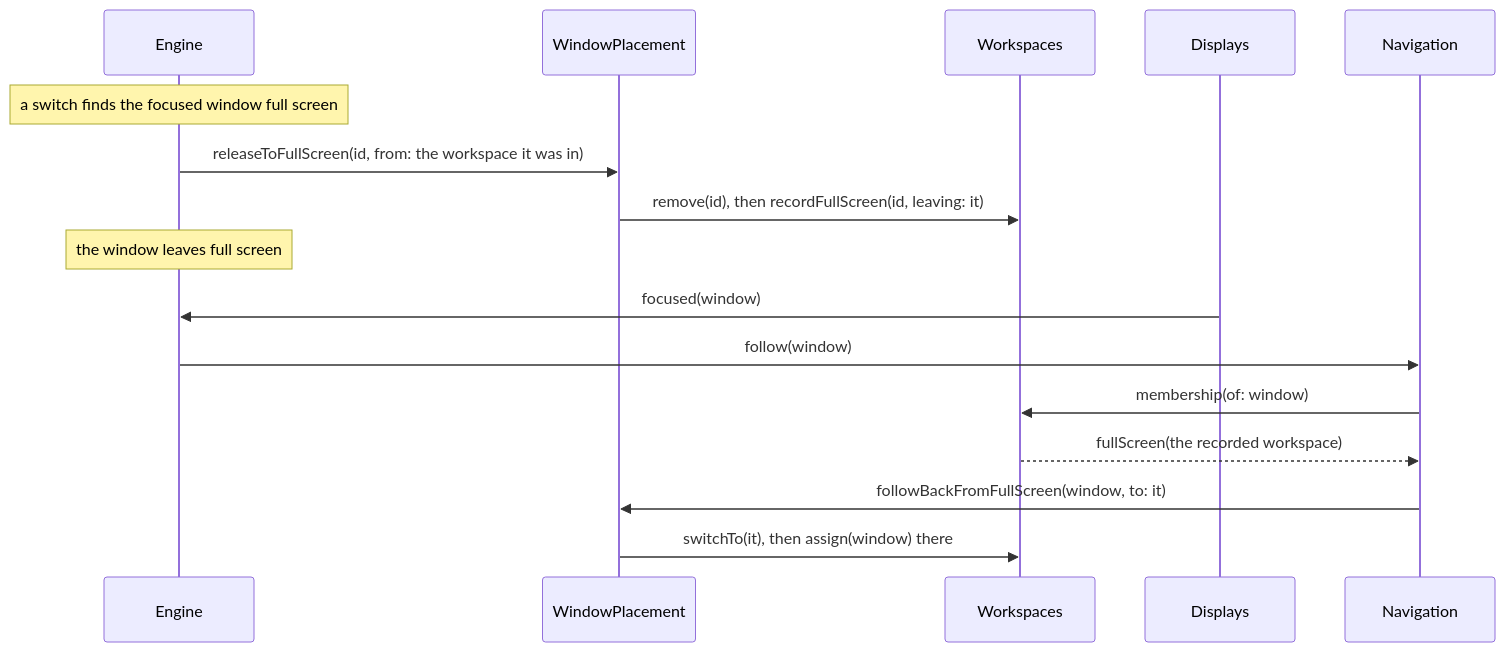
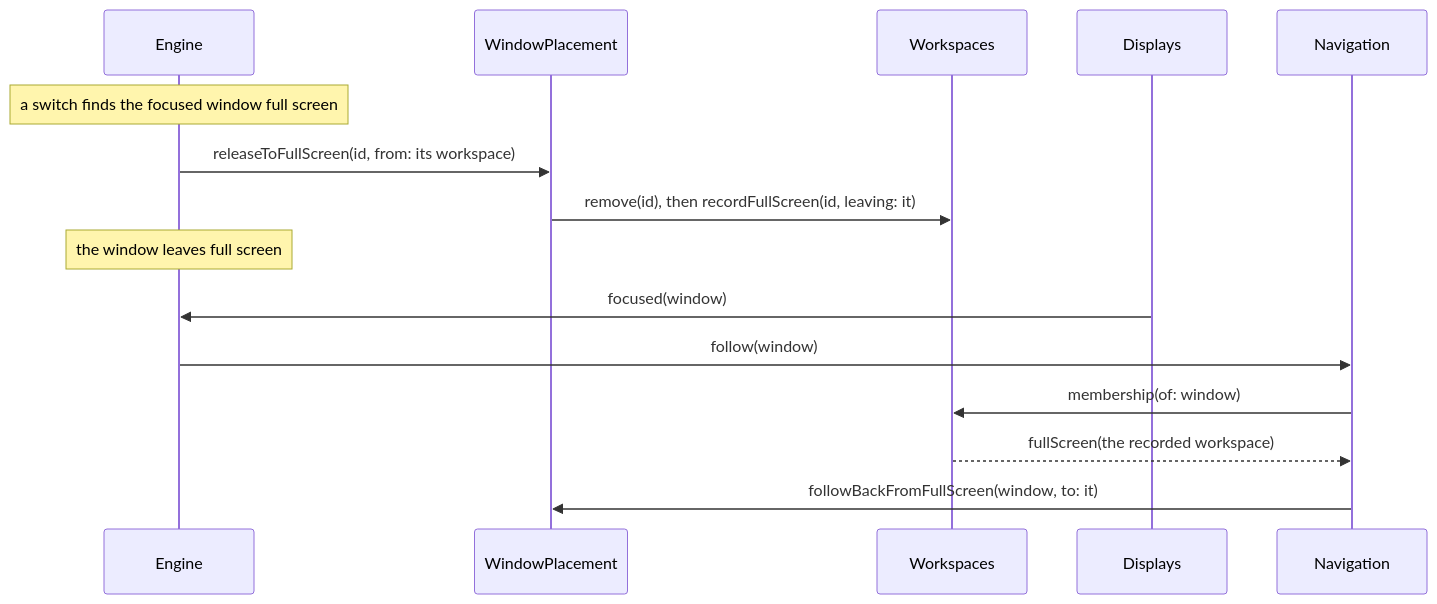
One commit to brennovich/ottowm changed diagram 19 of 25 in ARCHITECTURE.md. Above: the diagram before and after it, drawn with Mermaid. The commit also changed other lines of this file, not shown here.

````diff
--- a/ARCHITECTURE.md
+++ b/ARCHITECTURE.md
@@ -510,13 +454,12 @@
 ```mermaid
 sequenceDiagram
     Note over Engine: a switch finds the focused window full screen
-    Engine->>WindowPlacement: releaseToFullScreen(id, from: the workspace it was in)
+    Engine->>WindowPlacement: releaseToFullScreen(id, from: its workspace)
     WindowPlacement->>Workspaces: remove(id), then recordFullScreen(id, leaving: it)
     Note over Engine: the window leaves full screen
     Displays->>Engine: focused(window)
     Engine->>Navigation: follow(window)
     Navigation->>Workspaces: membership(of: window)
     Workspaces-->>Navigation: fullScreen(the recorded workspace)
     Navigation->>WindowPlacement: followBackFromFullScreen(window, to: it)
-    WindowPlacement->>Workspaces: switchTo(it), then assign(window) there
 ```
````
